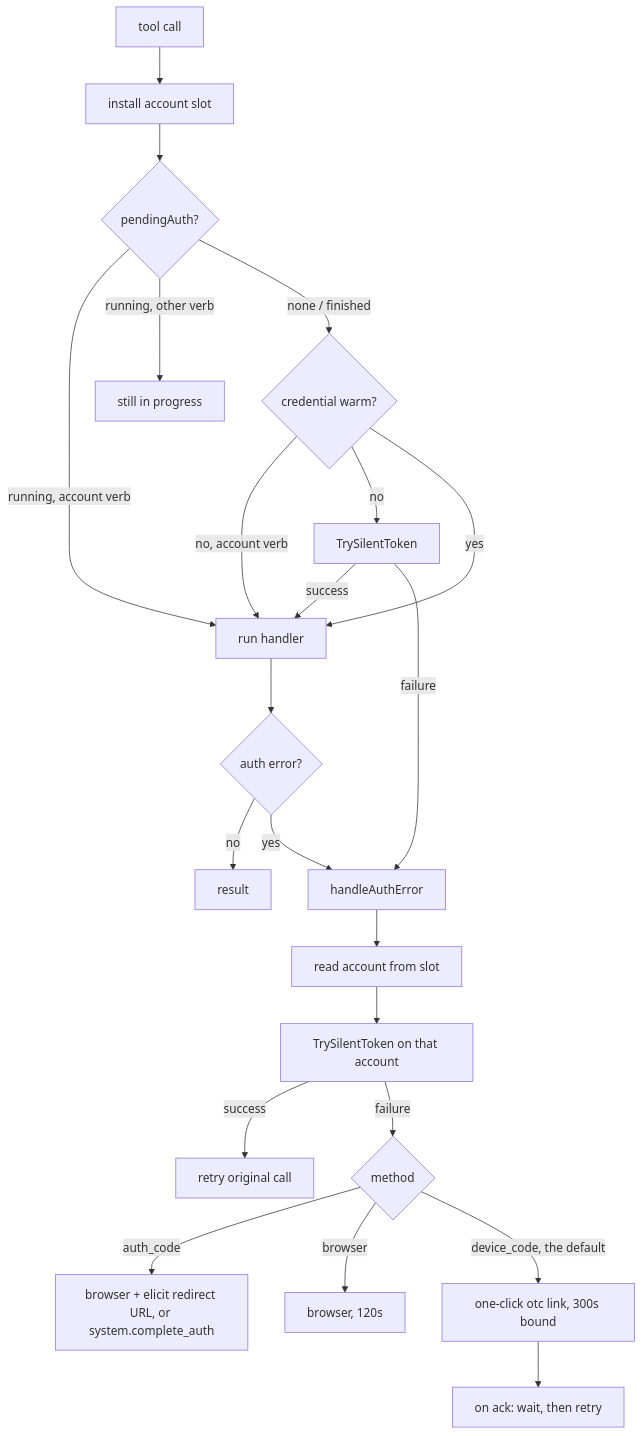
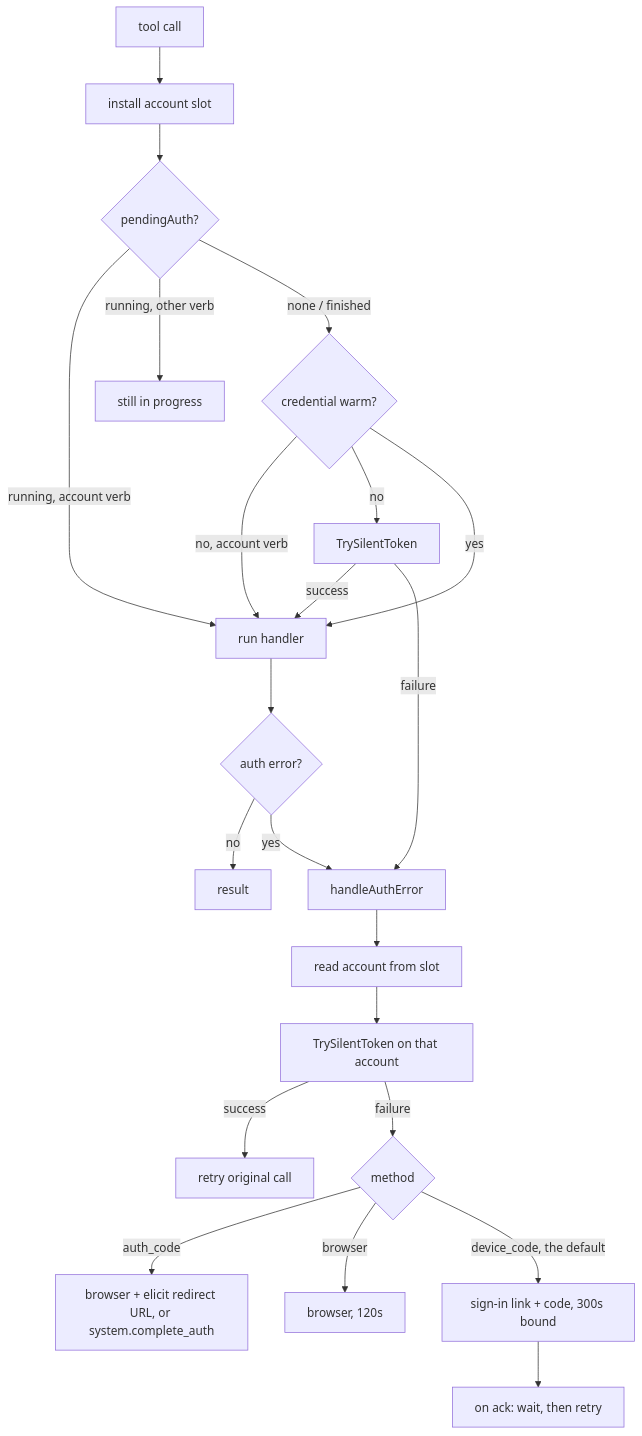
One commit to torenander/outlook-local-mcp changed the second of 2 diagrams in docs/cr/CR-0067-authentication-resilience-and-in-band-recovery.md. Above: the diagram before and after it, drawn with Mermaid. The commit also changed other lines of this file and 10 other files, not shown here.

````diff
--- a/docs/cr/CR-0067-authentication-resilience-and-in-band-recovery.md
+++ b/docs/cr/CR-0067-authentication-resilience-and-in-band-recovery.md
@@ -110,24 +110,24 @@
 ```mermaid
 flowchart TD
     A[tool call] --> B[install account slot]
     B --> C{pendingAuth?}
     C -->|running, account verb| H[run handler]
     C -->|running, other verb| D[still in progress]
     C -->|none / finished| E{credential warm?}
     E -->|no, account verb| H
     E -->|no| F[TrySilentToken]
     F -->|success| H
     F -->|failure| I[handleAuthError]
     E -->|yes| H
     H --> J{auth error?}
     J -->|no| K[result]
     J -->|yes| I
     I --> L[read account from slot]
     L --> M[TrySilentToken on that account]
     M -->|success| N[retry original call]
     M -->|failure| O{method}
     O -->|auth_code| P[browser + elicit redirect URL, or system.complete_auth]
     O -->|browser| Q[browser, 120s]
-    O -->|device_code, the default| R[one-click otc link, 300s bound]
+    O -->|device_code, the default| R[sign-in link + code, 300s bound]
     R --> S[on ack: wait, then retry]
 ```
````
